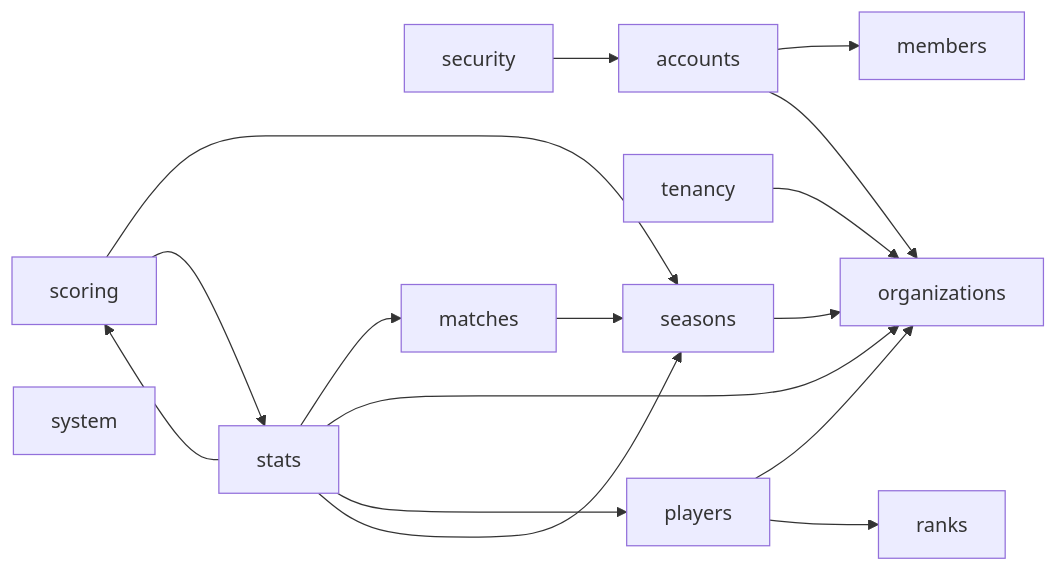
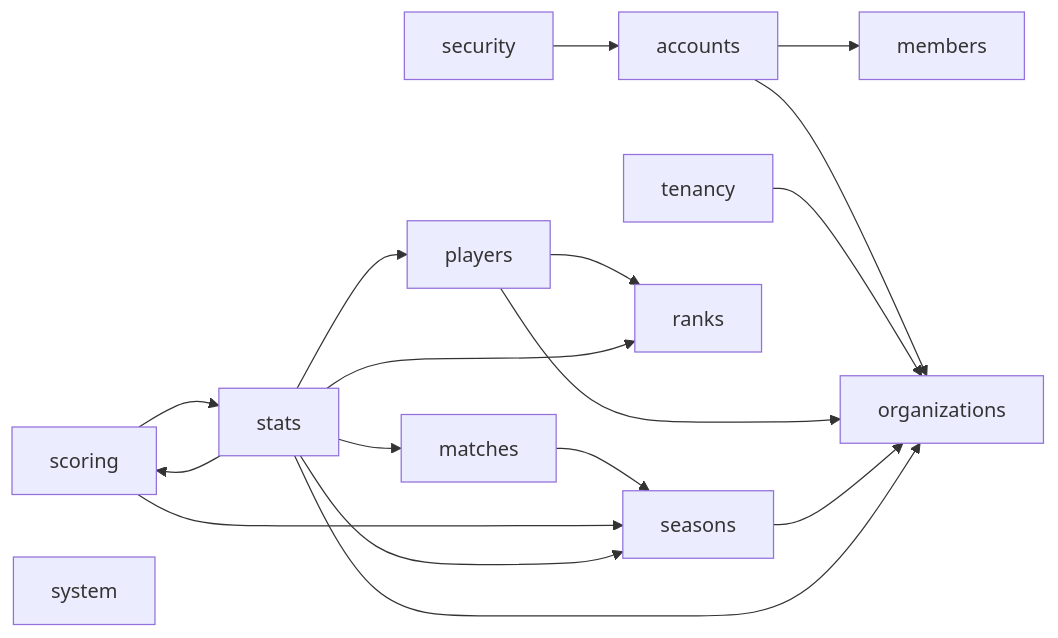
Before and after one commit to irmahs-labs/tournament-leaderboard: the third of 7 diagrams in docs/context-graph.md, drawn with Mermaid. The commit also changed other lines of this file and 21 other files, not shown here.

````diff
--- a/docs/context-graph.md
+++ b/docs/context-graph.md
@@ -41,19 +41,20 @@
 ```mermaid
 flowchart LR
     security --> accounts
     accounts --> members
     accounts --> organizations
     tenancy --> organizations
     players --> organizations
     players --> ranks
     seasons --> organizations
     matches --> seasons
     scoring --> seasons
     scoring --> stats
     stats --> matches
     stats --> organizations
     stats --> players
+    stats --> ranks
     stats --> scoring
     stats --> seasons
     system
 ```
````
